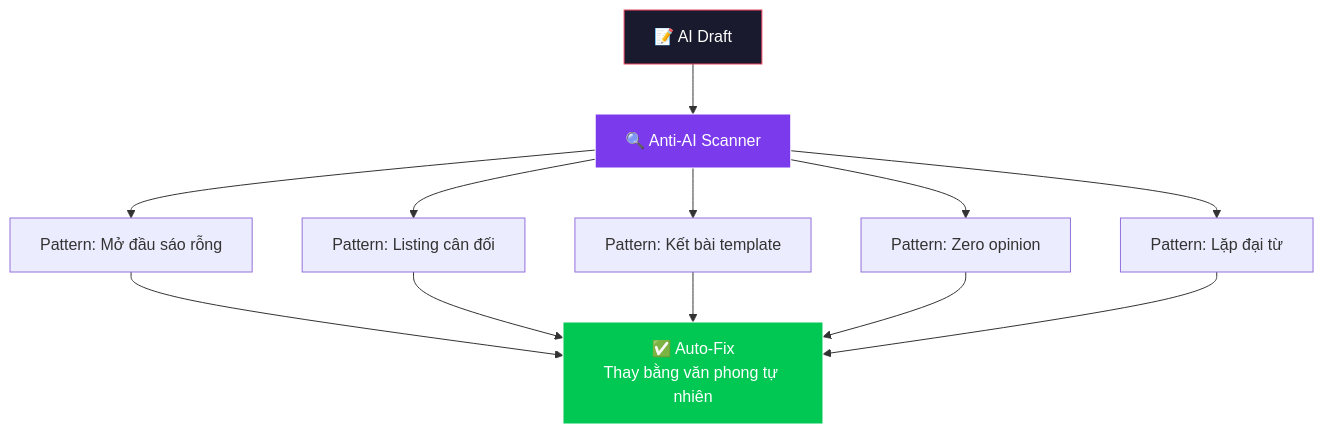
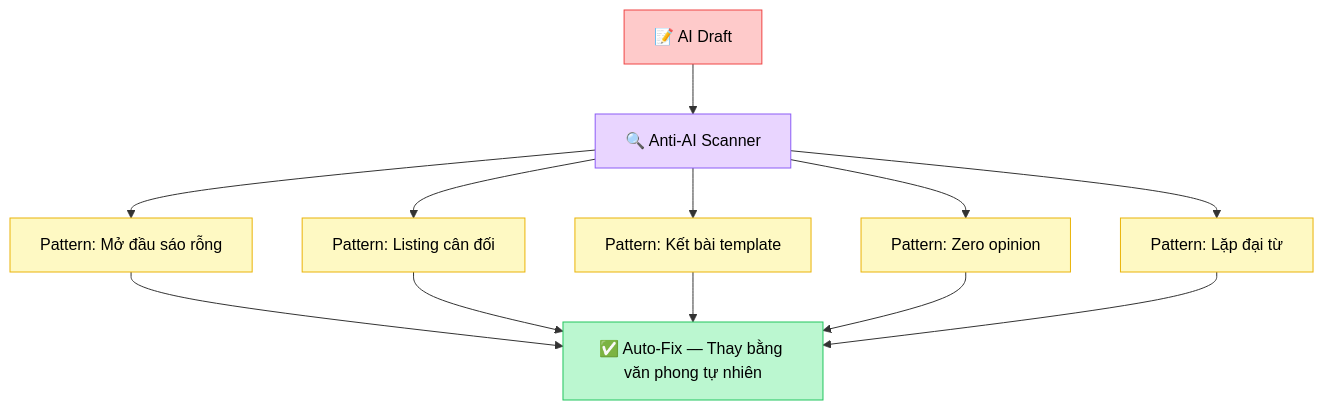
The sixth of 7 diagrams in README.md (xaotiensinh-abm/viet-chuyen-nghiep), drawn with Mermaid before and after one commit. The commit also changed other lines of this file, not shown here.

Commit message:
🎨 Fix Mermaid colors — light palette for GitHub dark/light theme compatibility

````diff
--- a/README.md
+++ b/README.md
@@ -345,20 +347,25 @@
 ```mermaid
 graph TD
     INPUT["📝 AI Draft"] --> SCAN["🔍 Anti-AI Scanner"]
 
     SCAN --> P1["Pattern: Mở đầu sáo rỗng"]
     SCAN --> P2["Pattern: Listing cân đối"]
     SCAN --> P3["Pattern: Kết bài template"]
     SCAN --> P4["Pattern: Zero opinion"]
     SCAN --> P5["Pattern: Lặp đại từ"]
 
-    P1 --> FIX["✅ Auto-Fix\nThay bằng văn phong tự nhiên"]
+    P1 --> FIX["✅ Auto-Fix — Thay bằng văn phong tự nhiên"]
     P2 --> FIX
     P3 --> FIX
     P4 --> FIX
     P5 --> FIX
 
-    style INPUT fill:#1a1a2e,stroke:#e94560,color:#fff
-    style SCAN fill:#7C3AED,stroke:#fff,color:#fff
-    style FIX fill:#00C853,stroke:#fff,color:#fff
+    style INPUT fill:#fecaca,stroke:#ef4444,color:#000
+    style SCAN fill:#e9d5ff,stroke:#8b5cf6,color:#000
+    style FIX fill:#bbf7d0,stroke:#22c55e,color:#000
+    style P1 fill:#fef9c3,stroke:#eab308,color:#000
+    style P2 fill:#fef9c3,stroke:#eab308,color:#000
+    style P3 fill:#fef9c3,stroke:#eab308,color:#000
+    style P4 fill:#fef9c3,stroke:#eab308,color:#000
+    style P5 fill:#fef9c3,stroke:#eab308,color:#000
 ```
````
